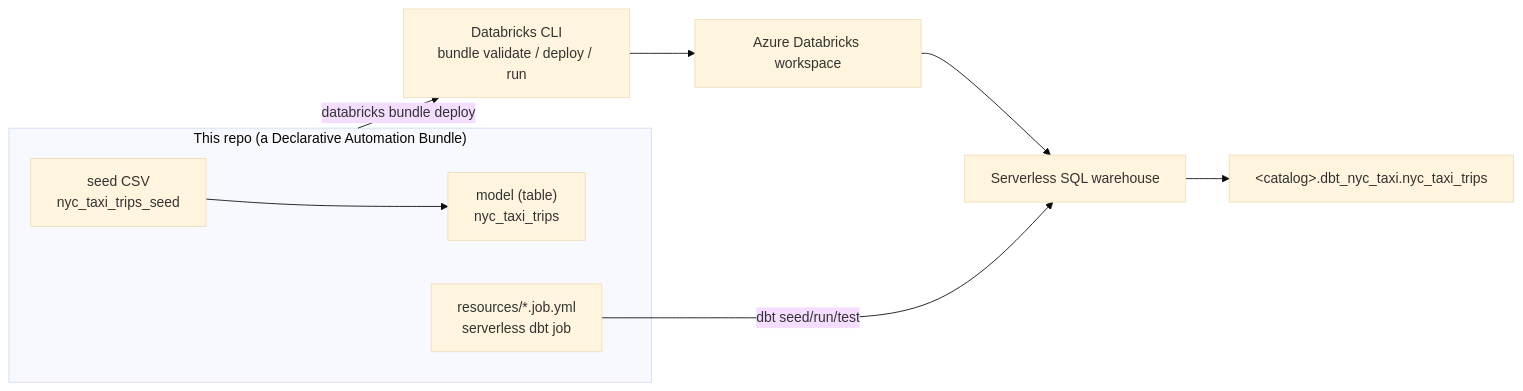
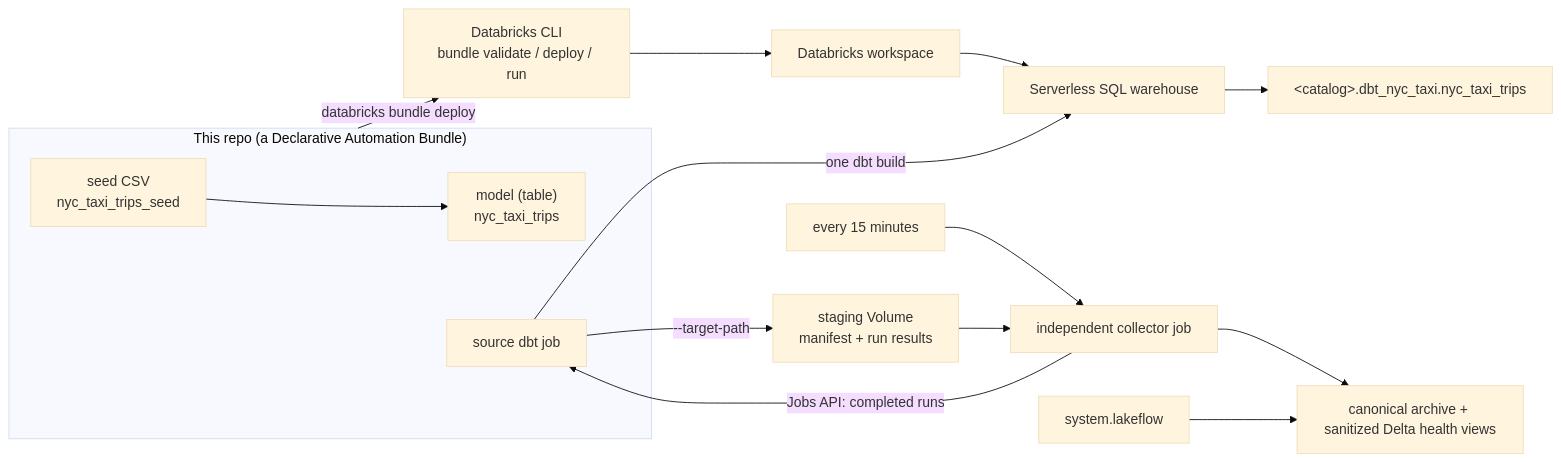
Before and after one commit to MiguelElGallo/bricks-cli: the diagram in docs/index.md, drawn with Mermaid (base theme). The commit also changed other lines of this file and 35 other files, not shown here.

First line of the commit message:
Add Databricks-native dbt observability (#3)

````diff
--- a/docs/index.md
+++ b/docs/index.md
@@ -19,15 +26,21 @@
 ```mermaid
 flowchart LR
     subgraph repo["This repo (a Declarative Automation Bundle)"]
         seed["seed CSV<br/>nyc_taxi_trips_seed"]
         model["model (table)<br/>nyc_taxi_trips"]
-        job["resources/*.job.yml<br/>serverless dbt job"]
+        job["source dbt job"]
         seed --> model
     end
     cli["Databricks CLI<br/>bundle validate / deploy / run"]
     repo -->|databricks bundle deploy| cli
-    cli --> ws["Azure Databricks workspace"]
+    cli --> ws["Databricks workspace"]
     ws --> wh["Serverless SQL warehouse"]
-    job -->|dbt seed/run/test| wh
+    job -->|"one dbt build"| wh
     wh --> tbl["&lt;catalog&gt;.dbt_nyc_taxi.nyc_taxi_trips"]
+    job -->|"--target-path"| staging["staging Volume<br/>manifest + run results"]
+    schedule["every 15 minutes"] --> collector["independent collector job"]
+    collector -->|"Jobs API: completed runs"| job
+    staging --> collector
+    collector --> evidence["canonical archive + sanitized Delta health views"]
+    system["system.lakeflow"] --> evidence
 ```
````
